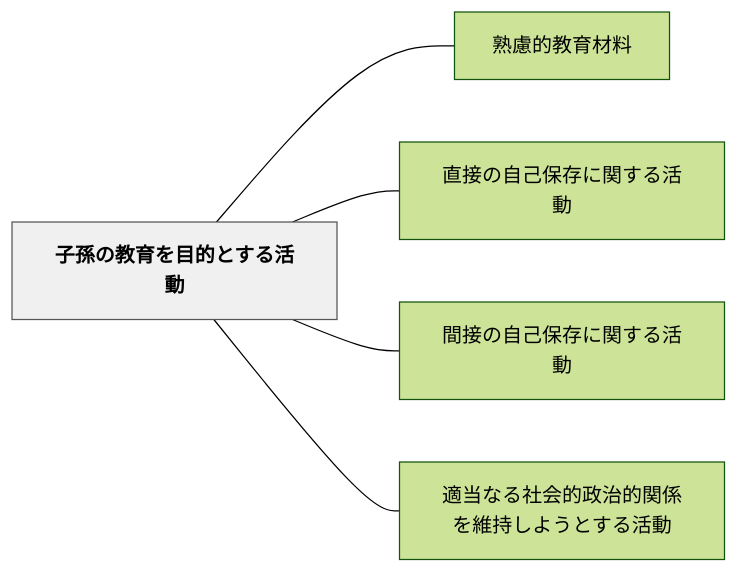
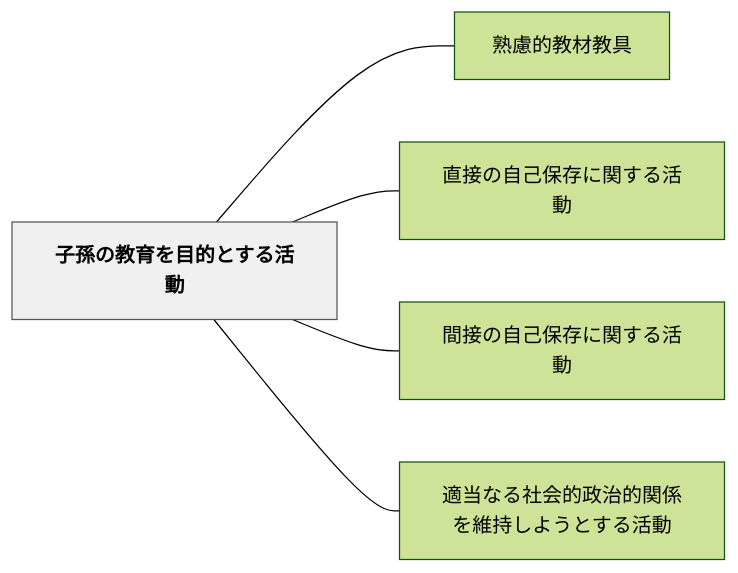
One commit to unknownthings-ed-patterns/unknownthings-ed-patterns changed the diagram in content/パタン/子孫の教育を目的とする活動.md. Above: the diagram before and after it, drawn with Mermaid (forest theme). The commit also changed other lines of this file and 72 other files, not shown here.

````diff
--- a/content/パタン/子孫の教育を目的とする活動.md
+++ b/content/パタン/子孫の教育を目的とする活動.md
@@ -44,16 +44,16 @@
 ```mermaid
 flowchart LR
     ne5ad90e5adabe381aee69599e882b2e38292e79baee79a84e381a8e38199e3828be6b4bbe58b95["子孫の教育を目的とする活動"]
-    ne7869fe685aee79a84e69599e882b2e69d90e69699["熟慮的教育材料"]
+    ne7869fe685aee79a84e69599e69d90e69599e585b7["熟慮的教材教具"]
     ne79bb4e68ea5e381aee887aae5b7b1e4bf9de5ad98e381abe996a2e38199e3828be6b4bbe58b95["直接の自己保存に関する活動"]
     ne99693e68ea5e381aee887aae5b7b1e4bf9de5ad98e381abe996a2e38199e3828be6b4bbe58b95["間接の自己保存に関する活動"]
     ne981a9e5bd93e381aae3828be7a4bee4bc9ae79a84e694bfe6b2bbe79a84e996a2e4bf82e38292e7b6ade68c81e38197e38288e38186e381a8e38199e3828be6b4bbe58b95["適当なる社会的政治的関係を維持しようとする活動"]
 
-    ne5ad90e5adabe381aee69599e882b2e38292e79baee79a84e381a8e38199e3828be6b4bbe58b95 --- ne7869fe685aee79a84e69599e882b2e69d90e69699
+    ne5ad90e5adabe381aee69599e882b2e38292e79baee79a84e381a8e38199e3828be6b4bbe58b95 --- ne7869fe685aee79a84e69599e69d90e69599e585b7
     ne5ad90e5adabe381aee69599e882b2e38292e79baee79a84e381a8e38199e3828be6b4bbe58b95 --- ne79bb4e68ea5e381aee887aae5b7b1e4bf9de5ad98e381abe996a2e38199e3828be6b4bbe58b95
     ne5ad90e5adabe381aee69599e882b2e38292e79baee79a84e381a8e38199e3828be6b4bbe58b95 --- ne99693e68ea5e381aee887aae5b7b1e4bf9de5ad98e381abe996a2e38199e3828be6b4bbe58b95
     ne5ad90e5adabe381aee69599e882b2e38292e79baee79a84e381a8e38199e3828be6b4bbe58b95 --- ne981a9e5bd93e381aae3828be7a4bee4bc9ae79a84e694bfe6b2bbe79a84e996a2e4bf82e38292e7b6ade68c81e38197e38288e38186e381a8e38199e3828be6b4bbe58b95
 
     classDef hub fill:#f0f0f0,stroke:#555,color:#000,font-weight:bold
     class ne5ad90e5adabe381aee69599e882b2e38292e79baee79a84e381a8e38199e3828be6b4bbe58b95 hub
 ```
````
